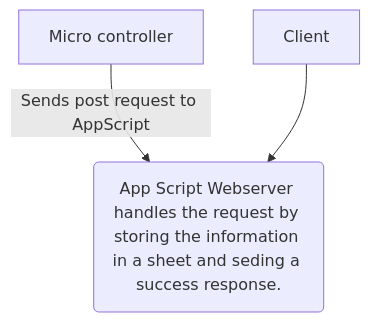
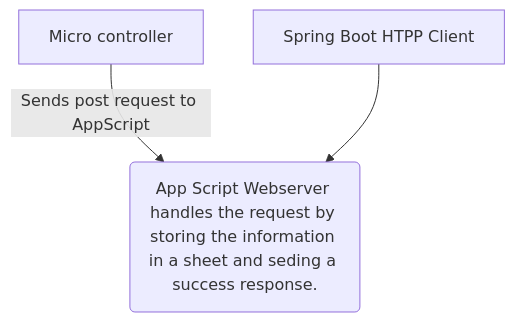
The first of 2 diagrams in README.md (jonss0777/DIY_Sensor), drawn with Mermaid before and after one commit. The commit also changed other lines of this file, not shown here.

Commit message:
Add Spring Boot client to architecture diagrams

````diff
--- a/README.md
+++ b/README.md
@@ -11,7 +11,7 @@
 ```mermaid
   flowchart TD
     A[Micro controller] -->|Sends post request to AppScript| B(App Script Webserver handles the request by storing the information in a sheet and seding a success response.)
 
-    C[Client] -->B
+    C[Spring Boot HTPP Client] -->B
   
 ```
````
